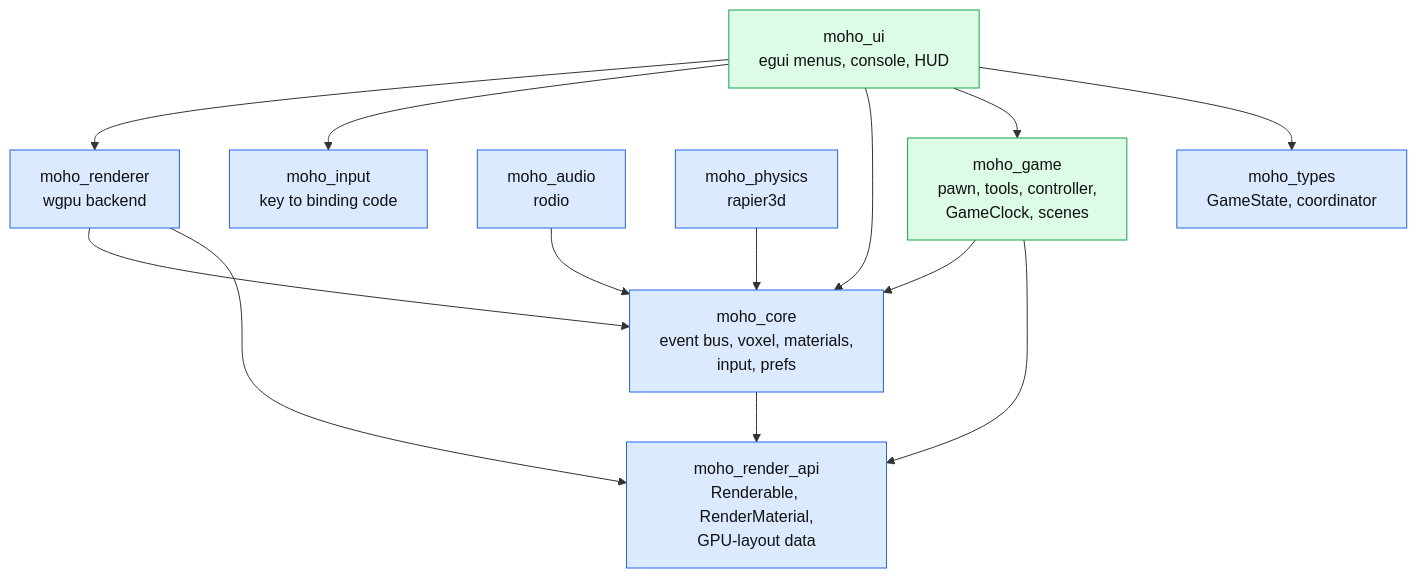
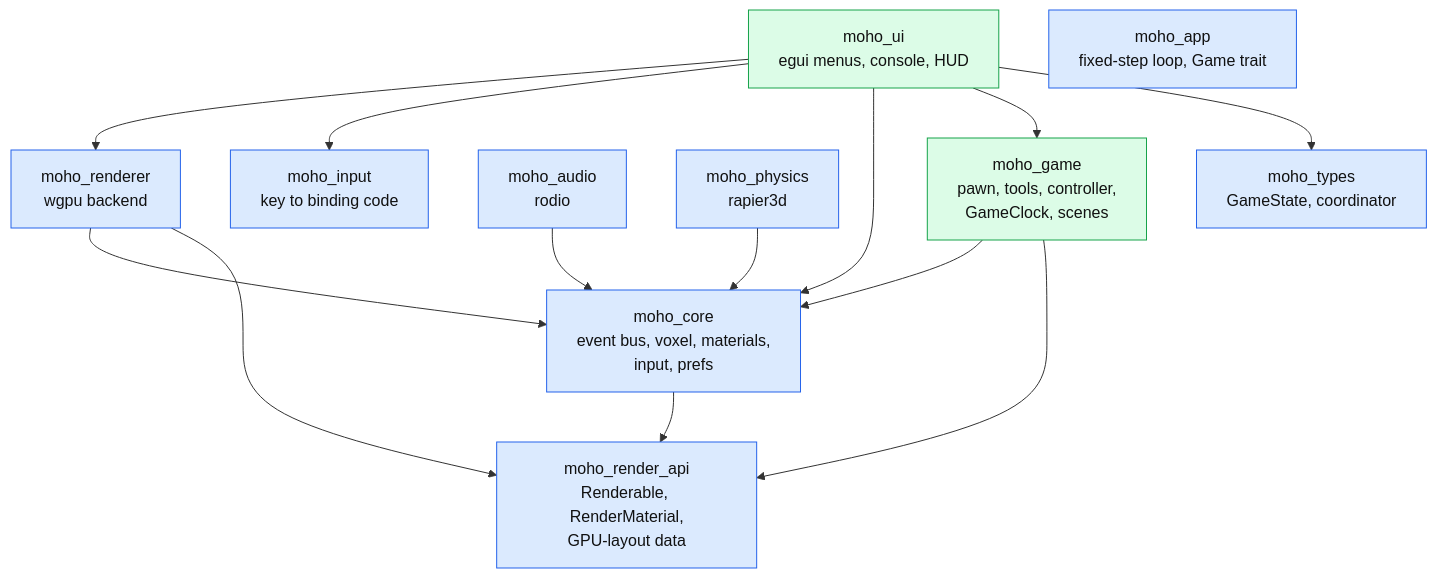
One commit to WrackedFella/moho changed the first of 3 diagrams in wiki/architecture/overview.md. Above: the diagram before and after it, drawn with Mermaid. The commit also changed other lines of this file and 7 other files, not shown here.

First line of the commit message:
feat(app): ENG-F11-01, fixed tick whatever the frame rate (moho_app) (#213)

````diff
--- a/wiki/architecture/overview.md
+++ b/wiki/architecture/overview.md
@@ -17,23 +17,24 @@
 ```mermaid
 flowchart TD
     ui["moho_ui<br/>egui menus, console, HUD"]:::strategy
     game["moho_game<br/>pawn, tools, controller,<br/>GameClock, scenes"]:::strategy
 
     renderer["moho_renderer<br/>wgpu backend"]:::engine
     rapi["moho_render_api<br/>Renderable, RenderMaterial,<br/>GPU-layout data"]:::engine
     core["moho_core<br/>event bus, voxel, materials,<br/>input, prefs"]:::engine
     audio["moho_audio<br/>rodio"]:::engine
     physics["moho_physics<br/>rapier3d"]:::engine
     input["moho_input<br/>key to binding code"]:::engine
     types["moho_types<br/>GameState, coordinator"]:::engine
+    app["moho_app<br/>fixed-step loop, Game trait"]:::engine
 
     ui --> renderer & input & core & game & types
     game --> core & rapi
     renderer --> core & rapi
     audio --> core
     physics --> core
     core --> rapi
 
     classDef engine fill:#dbeafe,stroke:#2563eb,color:#111
     classDef strategy fill:#dcfce7,stroke:#16a34a,color:#111
 ```
````
